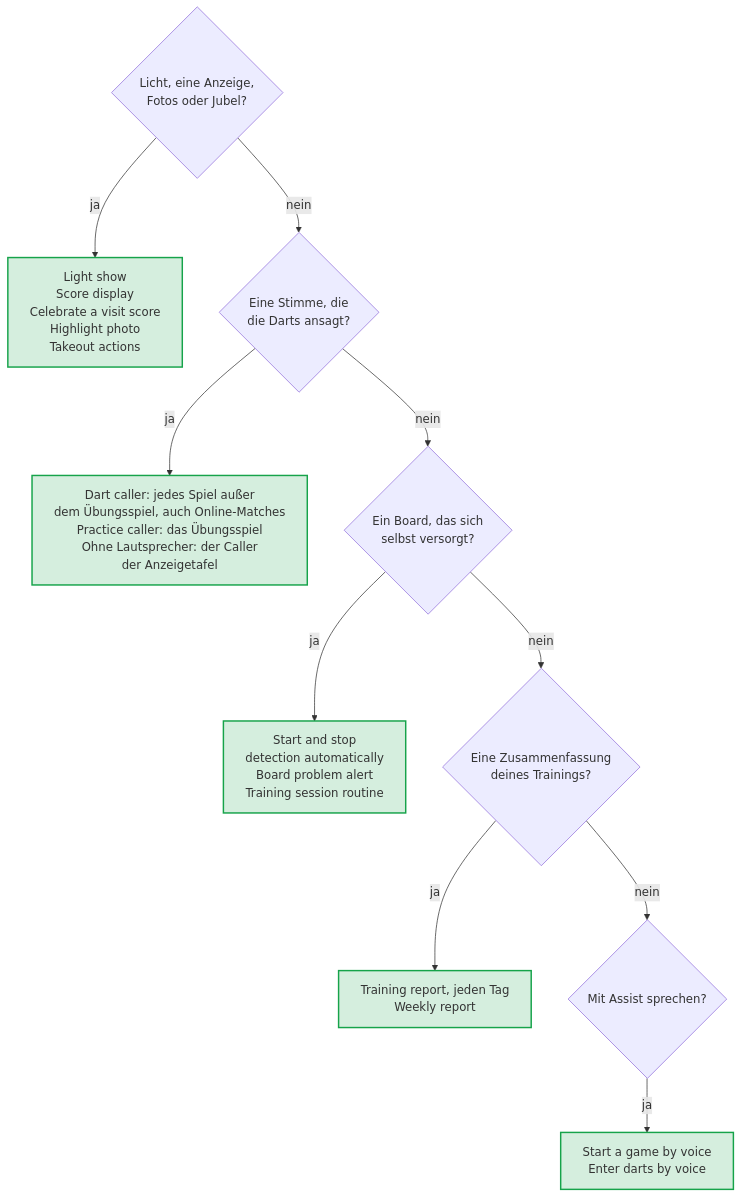
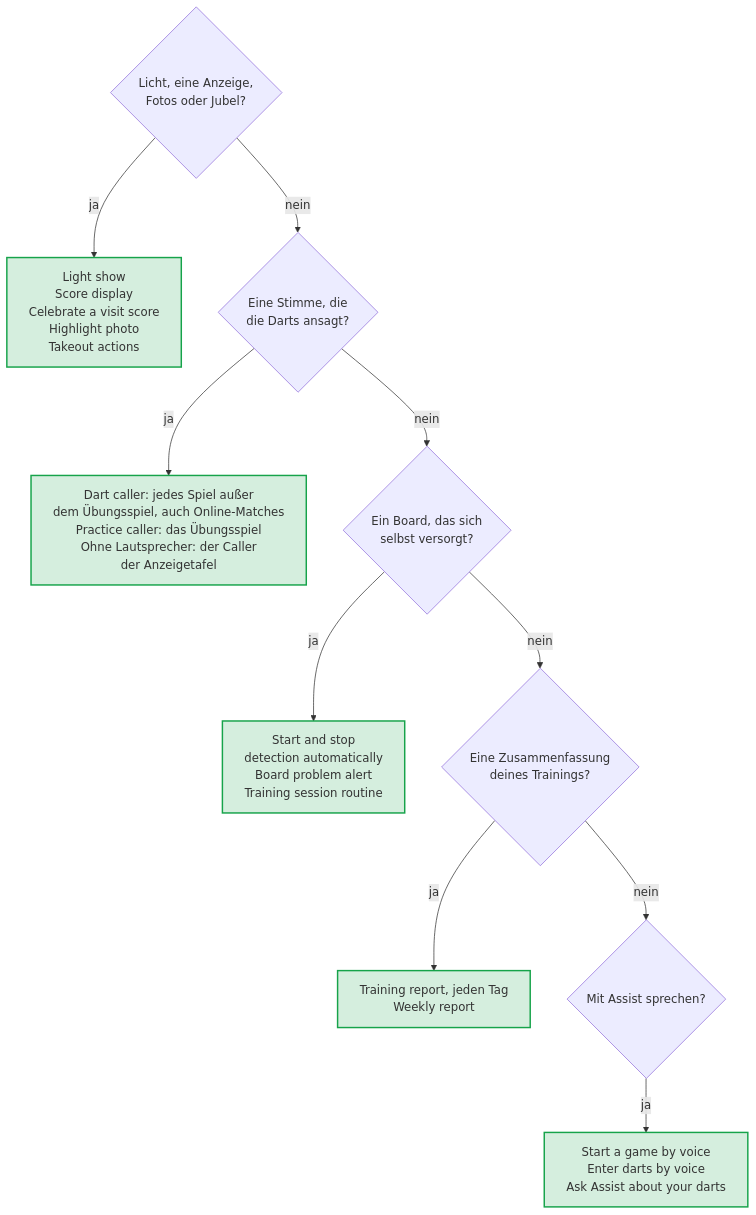
The diagram in docs/diagrams/choose-blueprint.de.mmd (Dennis-Otto/ha-autodarts), drawn with Mermaid before and after one commit. The commit also changed 33 other files, not shown here.

First line of the commit message:
feat(voice): ask Assist about your darts (#378)

```diff
--- a/docs/diagrams/choose-blueprint.de.mmd
+++ b/docs/diagrams/choose-blueprint.de.mmd
@@ -1,19 +1,19 @@
 ---
 config:
   flowchart:
     wrappingWidth: 400
 ---
 flowchart TB
   accTitle: Welcher Blueprint passt
-  accDescr: Für Licht, eine Pixelanzeige, Fotos und Jubel nimm die Blueprints Light show, Score display, Celebrate a visit score, Highlight photo oder Takeout actions. Zum Ansagen der Darts nimm den Dart caller für jedes Spiel außer dem Übungsspiel, auch Online-Matches, und den Practice caller für das Übungsspiel; der Caller der Anzeigetafel braucht keine Lautsprecher in Home Assistant. Für ein Board, das sich selbst versorgt, nimm Start and stop detection automatically, Board problem alert oder Training session routine. Für eine Zusammenfassung deines Trainings nimm den Training report jeden Tag oder den Weekly report. Um mit Assist zu sprechen, nimm Start a game by voice oder Enter darts by voice.
+  accDescr: Für Licht, eine Pixelanzeige, Fotos und Jubel nimm die Blueprints Light show, Score display, Celebrate a visit score, Highlight photo oder Takeout actions. Zum Ansagen der Darts nimm den Dart caller für jedes Spiel außer dem Übungsspiel, auch Online-Matches, und den Practice caller für das Übungsspiel; der Caller der Anzeigetafel braucht keine Lautsprecher in Home Assistant. Für ein Board, das sich selbst versorgt, nimm Start and stop detection automatically, Board problem alert oder Training session routine. Für eine Zusammenfassung deines Trainings nimm den Training report jeden Tag oder den Weekly report. Um mit Assist zu sprechen, nimm Start a game by voice, Enter darts by voice oder Ask Assist about your darts.
   MOOD{"Licht, eine Anzeige,<br/>Fotos oder Jubel?"} -- "ja" --> MOODS["Light show<br/>Score display<br/>Celebrate a visit score<br/>Highlight photo<br/>Takeout actions"]
   MOOD -- "nein" --> CALL{"Eine Stimme, die<br/>die Darts ansagt?"}
   CALL -- "ja" --> CALLS["Dart caller: jedes Spiel außer<br/>dem Übungsspiel, auch Online-Matches<br/>Practice caller: das Übungsspiel<br/>Ohne Lautsprecher: der Caller<br/>der Anzeigetafel"]
   CALL -- "nein" --> CARE{"Ein Board, das sich<br/>selbst versorgt?"}
   CARE -- "ja" --> CARES["Start and stop<br/>detection automatically<br/>Board problem alert<br/>Training session routine"]
   CARE -- "nein" --> REPORT{"Eine Zusammenfassung<br/>deines Trainings?"}
   REPORT -- "ja" --> REPORTS["Training report, jeden Tag<br/>Weekly report"]
   REPORT -- "nein" --> VOICE{"Mit Assist sprechen?"}
-  VOICE -- "ja" --> VOICES["Start a game by voice<br/>Enter darts by voice"]
+  VOICE -- "ja" --> VOICES["Start a game by voice<br/>Enter darts by voice<br/>Ask Assist about your darts"]
   classDef done fill:#16a34a2e,stroke:#16a34a,stroke-width:2px
   class MOODS,CALLS,CARES,REPORTS,VOICES done
```
